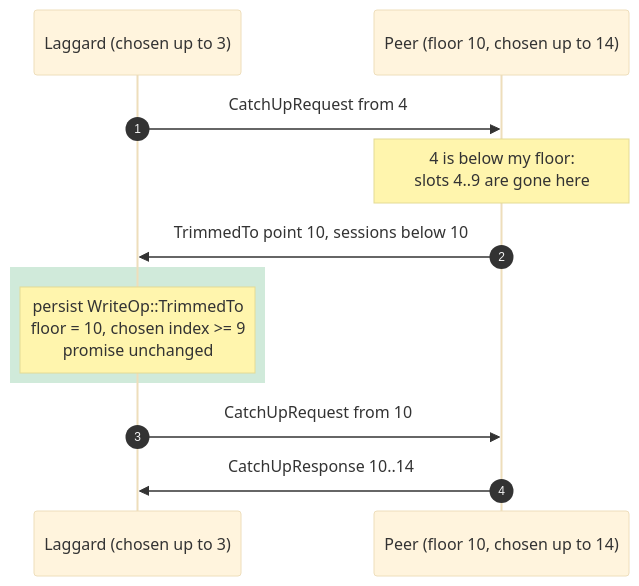
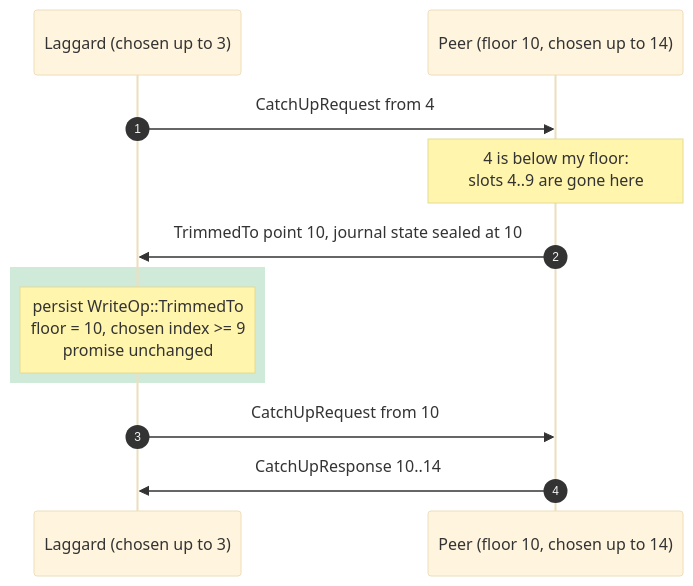
The diagram in book/src/truncation-and-snapshots.md (PierreZ/paros), drawn with Mermaid (base theme) before and after one commit. The commit also changed other lines of this file and 17 other files, not shown here.

````diff
--- a/book/src/truncation-and-snapshots.md
+++ b/book/src/truncation-and-snapshots.md
@@ -88,14 +97,14 @@
 ```mermaid
 sequenceDiagram
     autonumber
     participant L as Laggard (chosen up to 3)
     participant P as Peer (floor 10, chosen up to 14)
     L->>P: CatchUpRequest from 4
     Note over P: 4 is below my floor:<br/>slots 4..9 are gone here
-    P->>L: TrimmedTo point 10, sessions below 10
+    P->>L: TrimmedTo point 10, journal state sealed at 10
     rect rgba(70, 170, 110, 0.25)
     Note over L: persist WriteOp::TrimmedTo<br/>floor = 10, chosen index >= 9<br/>promise unchanged
     end
     L->>P: CatchUpRequest from 10
     P->>L: CatchUpResponse 10..14
 ```
````
